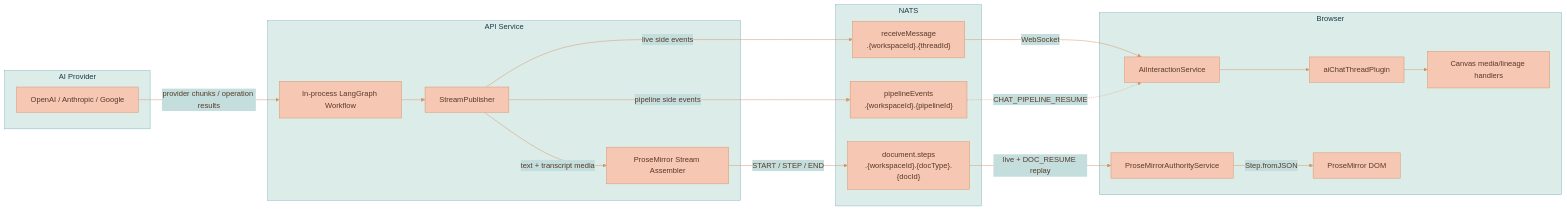
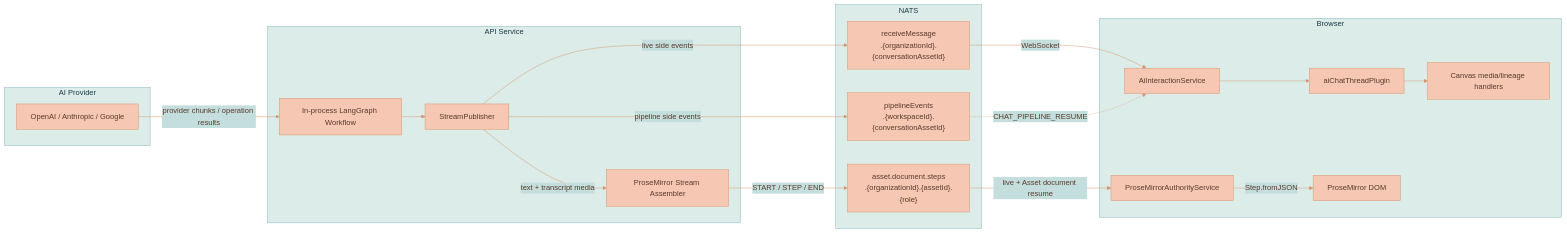
The sixth of 7 diagrams in documentation/PRODUCT-OVERVIEW.md (Lixpi/lixpi), drawn with Mermaid before and after one commit. The commit also changed other lines of this file and 225 other files, not shown here.

````diff
--- a/documentation/PRODUCT-OVERVIEW.md
+++ b/documentation/PRODUCT-OVERVIEW.md
@@ -296,40 +300,40 @@
 ```mermaid
 %%{init: {'theme': 'base', 'themeVariables': { 'primaryColor': '#F6C7B3', 'primaryTextColor': '#5a3a2a', 'primaryBorderColor': '#d4956a', 'secondaryColor': '#C3DEDD', 'secondaryTextColor': '#1a3a47', 'secondaryBorderColor': '#4a8a9d', 'tertiaryColor': '#DCECE9', 'tertiaryTextColor': '#1a3a47', 'tertiaryBorderColor': '#82B2C0', 'lineColor': '#d4956a', 'textColor': '#5a3a2a'}}}%%
 graph LR
     subgraph "AI Provider"
         LLM[OpenAI / Anthropic / Google]
     end
 
     subgraph "API Service"
         LG[In-process LangGraph Workflow]
         Pub[StreamPublisher]
         Asm[ProseMirror Stream Assembler]
     end
 
     subgraph "NATS"
-        Live["receiveMessage<br/>.{workspaceId}.{threadId}"]
-        Pipeline["pipelineEvents<br/>.{workspaceId}.{pipelineId}"]
-        Steps["document.steps<br/>.{workspaceId}.{docType}.{docId}"]
+        Live["receiveMessage<br/>.{organizationId}.{conversationAssetId}"]
+        Pipeline["pipelineEvents<br/>.{workspaceId}.{conversationAssetId}"]
+        Steps["asset.document.steps<br/>.{organizationId}.{assetId}.{role}"]
     end
 
     subgraph "Browser"
         AIS[AiInteractionService]
         Auth[ProseMirrorAuthorityService]
         Plug[aiChatThreadPlugin]
         DOM[ProseMirror DOM]
         Canvas[Canvas media/lineage handlers]
     end
 
     LLM -->|provider chunks / operation results| LG
     LG --> Pub
     Pub -->|pipeline side events| Pipeline
     Pub -->|live side events| Live
     Pub -->|text + transcript media| Asm
     Asm -->|START / STEP / END| Steps
     Live -->|WebSocket| AIS
     Pipeline -.->|CHAT_PIPELINE_RESUME| AIS
-    Steps -->|live + DOC_RESUME replay| Auth
+    Steps -->|live + Asset document resume| Auth
     Auth -->|Step.fromJSON| DOM
     AIS --> Plug
     Plug --> Canvas
 ```
````
